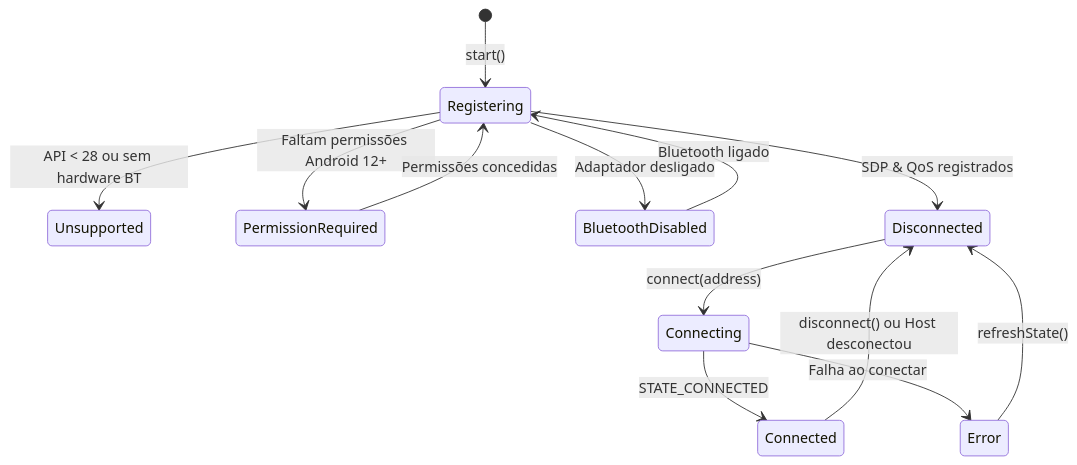
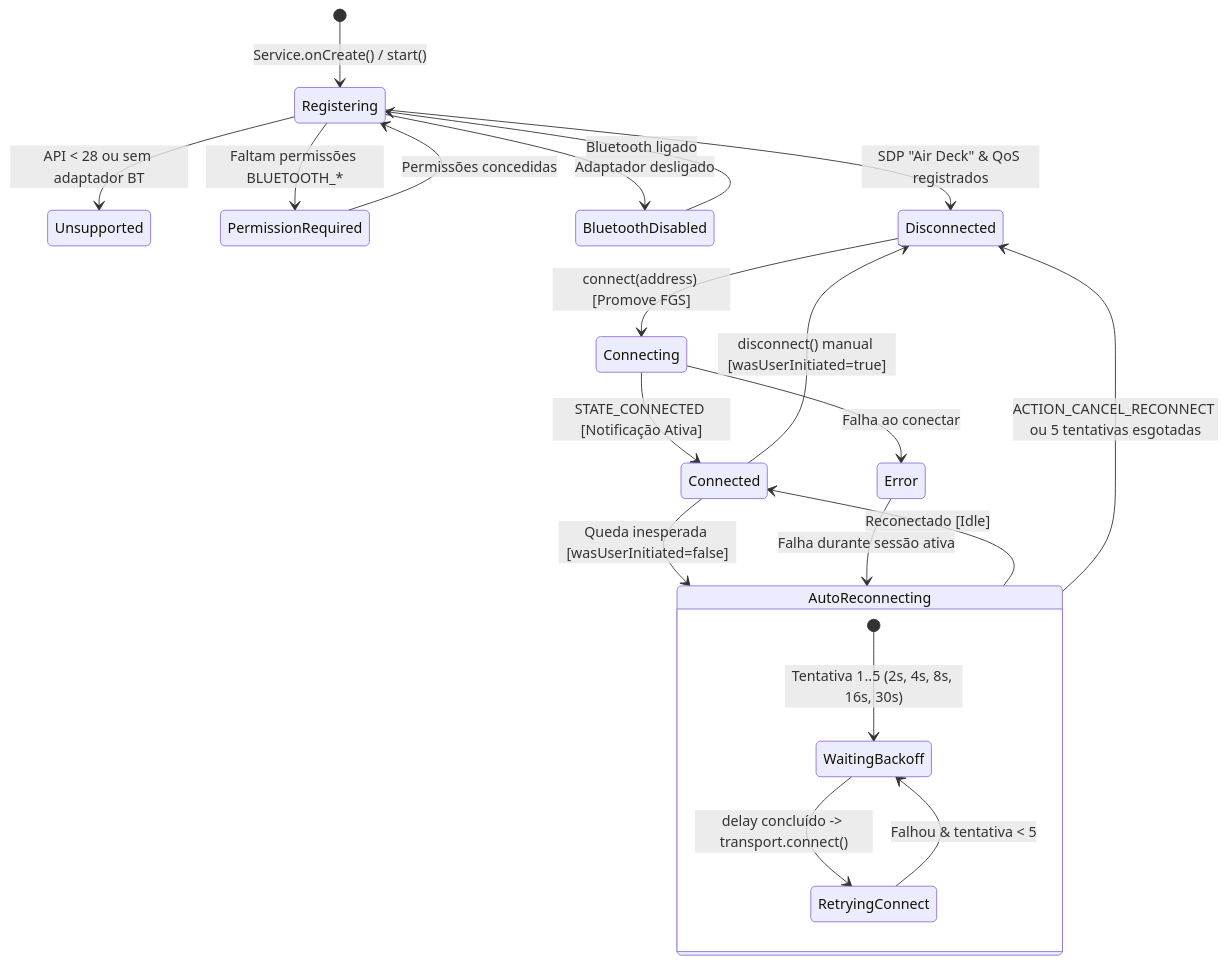
One commit to smarttargetdev/airdeck changed the second of 3 diagrams in README.md. Above: the diagram before and after it, drawn with Mermaid. The commit also changed other lines of this file and 94 other files, not shown here.

First line of the commit message:
feat: rename app to Air Deck and add foreground service

````diff
--- a/README.md
+++ b/README.md
@@ -113,17 +141,28 @@
 ```mermaid
 stateDiagram-v2
-    [*] --> Registering: start()
-    Registering --> Unsupported: API < 28 ou sem hardware BT
-    Registering --> PermissionRequired: Faltam permissões Android 12+
+    [*] --> Registering: Service.onCreate() / start()
+    Registering --> Unsupported: API < 28 ou sem adaptador BT
+    Registering --> PermissionRequired: Faltam permissões BLUETOOTH_*
     Registering --> BluetoothDisabled: Adaptador desligado
-    Registering --> Disconnected: SDP & QoS registrados
+    Registering --> Disconnected: SDP "Air Deck" & QoS registrados
 
     PermissionRequired --> Registering: Permissões concedidas
     BluetoothDisabled --> Registering: Bluetooth ligado
 
-    Disconnected --> Connecting: connect(address)
-    Connecting --> Connected: STATE_CONNECTED
+    Disconnected --> Connecting: connect(address) [Promove FGS]
+    Connecting --> Connected: STATE_CONNECTED [Notificação Ativa]
     Connecting --> Error: Falha ao conectar
-    Error --> Disconnected: refreshState()
-    Connected --> Disconnected: disconnect() ou Host desconectou
+
+    Connected --> Disconnected: disconnect() manual [wasUserInitiated=true]
+    Connected --> AutoReconnecting: Queda inesperada [wasUserInitiated=false]
+    Error --> AutoReconnecting: Falha durante sessão ativa
+
+    state AutoReconnecting {
+        [*] --> WaitingBackoff: Tentativa 1..5 (2s, 4s, 8s, 16s, 30s)
+        WaitingBackoff --> RetryingConnect: delay concluído -> transport.connect()
+        RetryingConnect --> WaitingBackoff: Falhou & tentativa < 5
+    }
+
+    AutoReconnecting --> Connected: Reconectado [Idle]
+    AutoReconnecting --> Disconnected: ACTION_CANCEL_RECONNECT ou 5 tentativas esgotadas
 ```
````
